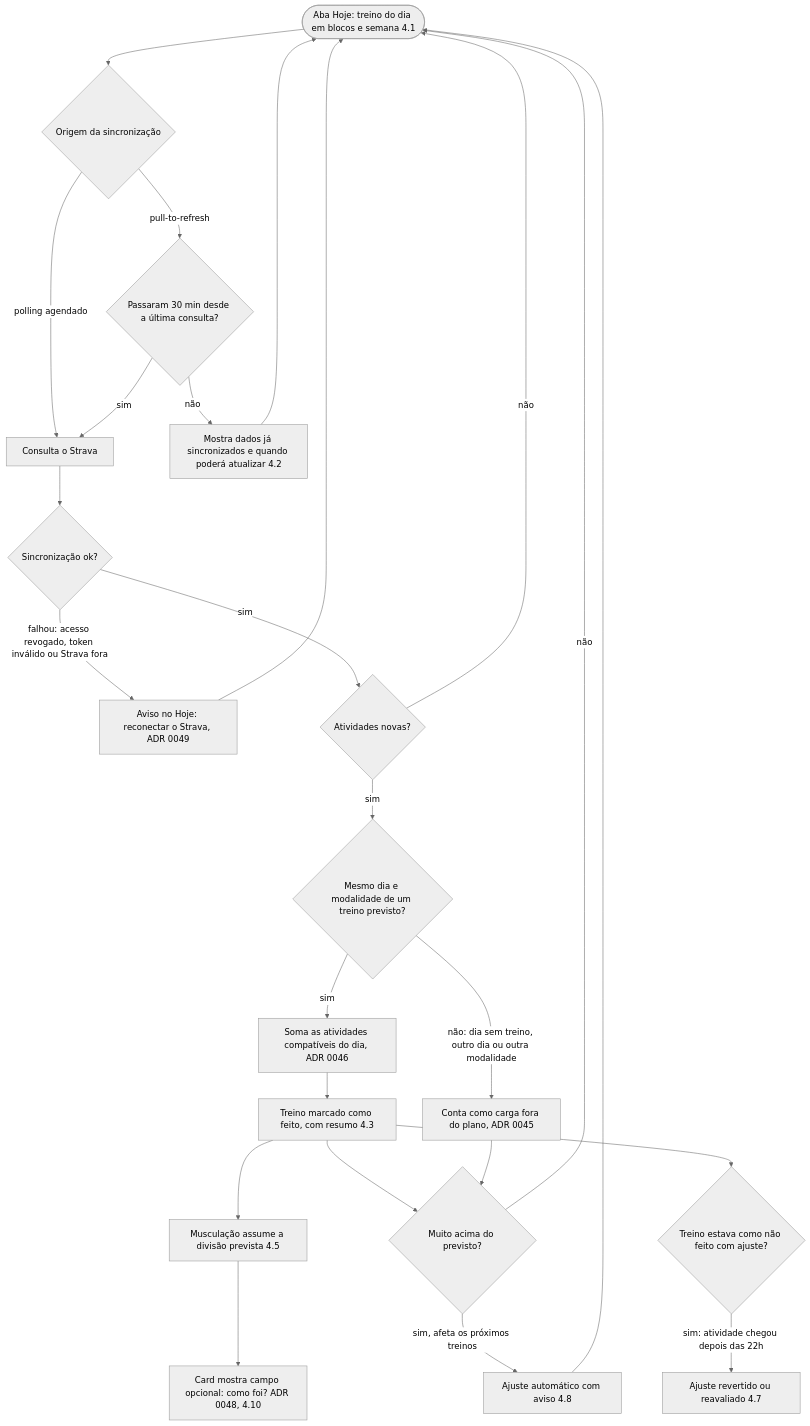
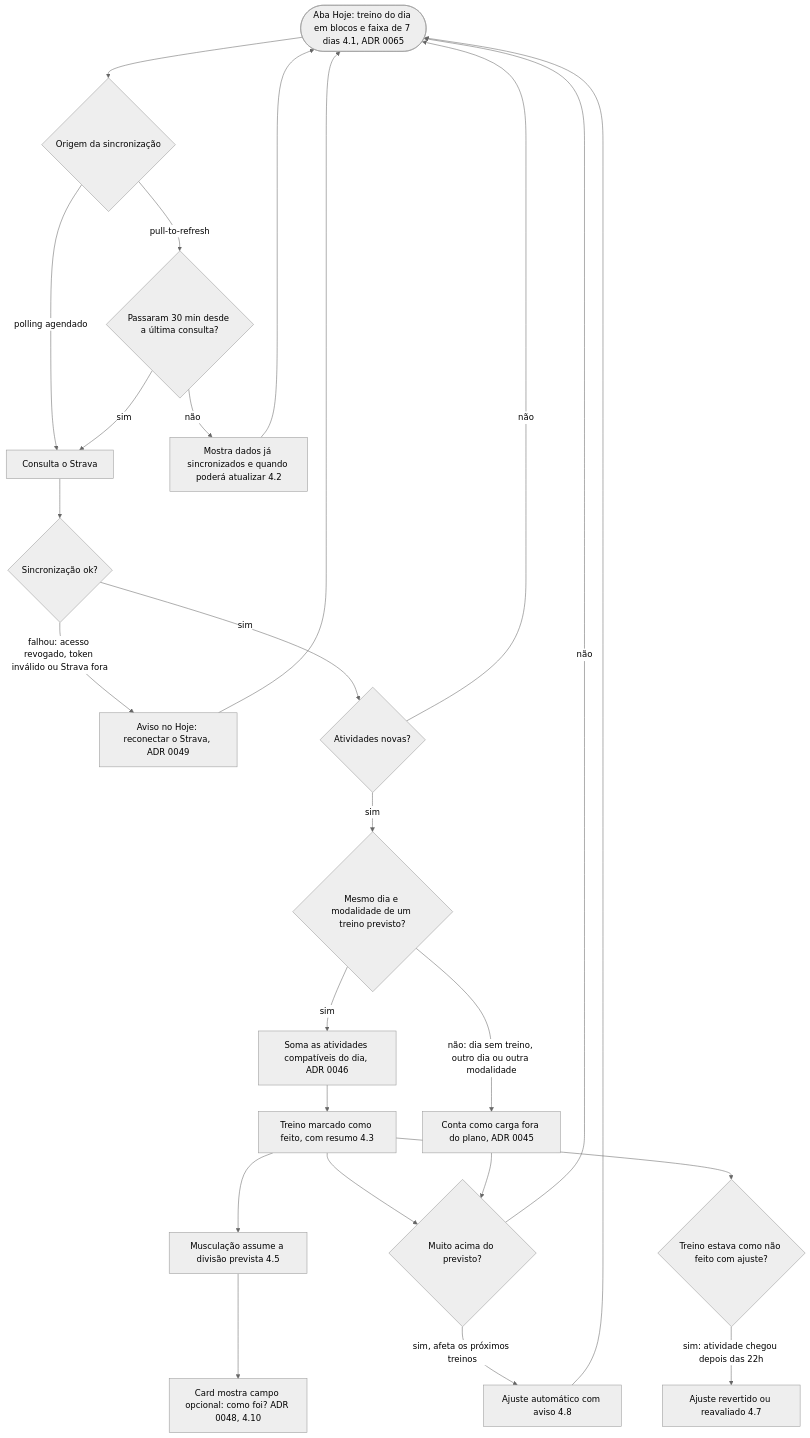
One commit to cruzvini/app-corrida changed the fourth of 11 diagrams in docs/fluxos.md. Above: the diagram before and after it, drawn with Mermaid (neutral theme). The commit also changed 4 other files, not shown here.

First line of the commit message:
docs: ADR 0065 - faixa de 7 dias no Hoje centrada no dia atual

````diff
--- a/docs/fluxos.md
+++ b/docs/fluxos.md
@@ -112,25 +112,25 @@
 ```mermaid
 flowchart TD
-  A([Aba Hoje: treino do dia em blocos e semana 4.1]) --> B{Origem da sincronização}
+  A([Aba Hoje: treino do dia em blocos e faixa de 7 dias 4.1, ADR 0065]) --> B{Origem da sincronização}
   B -- polling agendado --> C[Consulta o Strava]
   B -- pull-to-refresh --> B1{Passaram 30 min desde a última consulta?}
   B1 -- não --> B2[Mostra dados já sincronizados e quando poderá atualizar 4.2] --> A
   B1 -- sim --> C
   C --> D{Sincronização ok?}
   D -- falhou: acesso revogado, token inválido ou Strava fora --> D1[Aviso no Hoje: reconectar o Strava, ADR 0049] --> A
   D -- sim --> E{Atividades novas?}
   E -- não --> A
   E -- sim --> F{Mesmo dia e modalidade de um treino previsto?}
   F -- sim --> G[Soma as atividades compatíveis do dia, ADR 0046]
   G --> H[Treino marcado como feito, com resumo 4.3]
   H --> H1[Musculação assume a divisão prevista 4.5]
   H1 --> I[Card mostra campo opcional: como foi? ADR 0048, 4.10]
   F -- não: dia sem treino, outro dia ou outra modalidade --> J[Conta como carga fora do plano, ADR 0045]
   H --> K{Muito acima do previsto?}
   J --> K
   K -- não --> A
   K -- sim, afeta os próximos treinos --> AJ[Ajuste automático com aviso 4.8]
   AJ --> A
   H --> REV{Treino estava como não feito com ajuste?}
   REV -- sim: atividade chegou depois das 22h --> RV[Ajuste revertido ou reavaliado 4.7]
 ```
````
